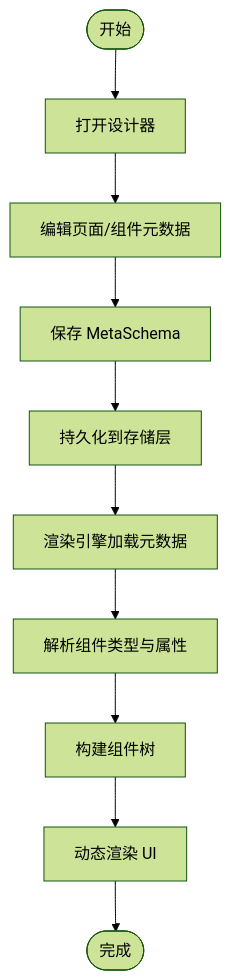
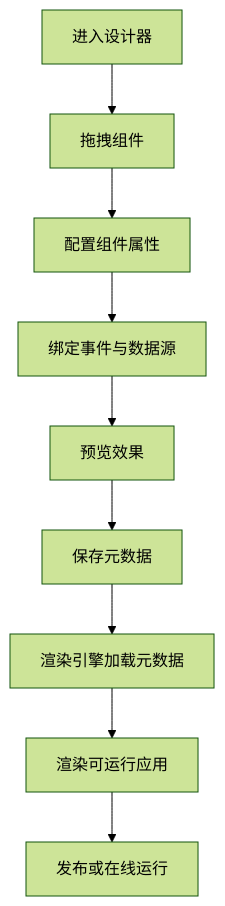
The seventh of 11 diagrams in .qoder/repowiki/zh/content/架构设计/架构设计.md (openlowcodelab/lowcode), drawn with Mermaid (forest theme) before and after one commit. The commit also changed other lines of this file and 223 other files, not shown here.

````diff
--- a/.qoder/repowiki/zh/content/架构设计/架构设计.md
+++ b/.qoder/repowiki/zh/content/架构设计/架构设计.md
@@ -204,12 +440,11 @@
 ```mermaid
 flowchart TD
-    Start(["开始"]) --> OpenDesigner["打开设计器"]
-    OpenDesigner --> EditMeta["编辑页面/组件元数据"]
-    EditMeta --> SaveMeta["保存 MetaSchema"]
-    SaveMeta --> StoreMeta["持久化到存储层"]
-    StoreMeta --> LoadMeta["渲染引擎加载元数据"]
-    LoadMeta --> ResolveComponents["解析组件类型与属性"]
-    ResolveComponents --> BuildTree["构建组件树"]
-    BuildTree --> RenderUI["动态渲染 UI"]
-    RenderUI --> End(["完成"])
+    DesignStart["进入设计器"] --> Drag["拖拽组件"]
+    Drag --> Configure["配置组件属性"]
+    Configure --> BindEvent["绑定事件与数据源"]
+    BindEvent --> Preview["预览效果"]
+    Preview --> SaveMeta["保存元数据"]
+    SaveMeta --> LoadMeta["渲染引擎加载元数据"]
+    LoadMeta --> RenderApp["渲染可运行应用"]
+    RenderApp --> Deploy["发布或在线运行"]
 ```
````
